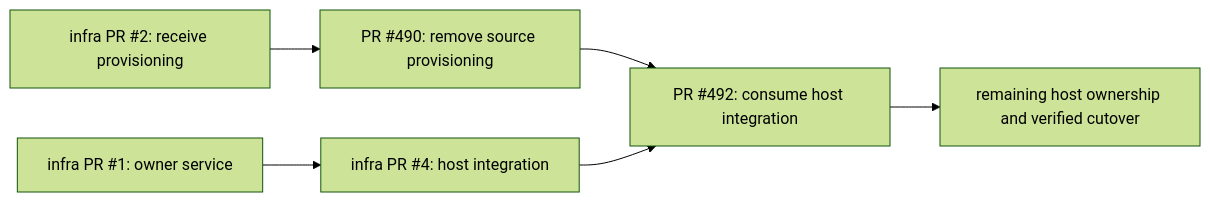
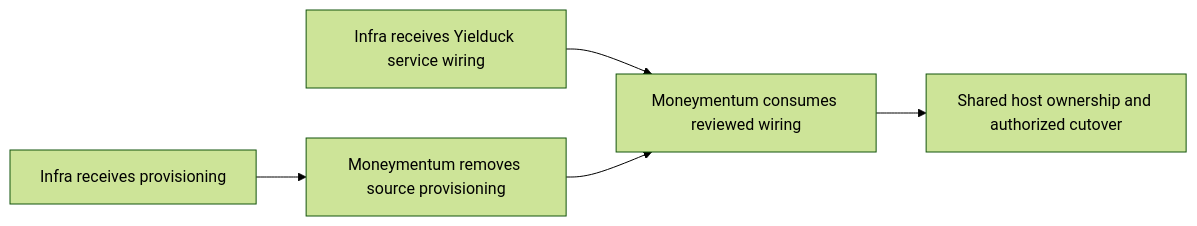
The diagram in ROADMAP.md (dataclique/moneymentum), drawn with Mermaid (forest theme) before and after one commit. The commit also changed other lines of this file and 1 other file, not shown here.

````diff
--- a/ROADMAP.md
+++ b/ROADMAP.md
@@ -64,8 +89,7 @@
 ```mermaid
 flowchart LR
-    receiving["infra PR #2: receive provisioning"] --> removal["PR #490: remove source provisioning"]
-    owner["infra PR #1: owner service"] --> wiring["infra PR #4: host integration"]
-    removal --> consumer["PR #492: consume host integration"]
-    wiring --> consumer
-    consumer --> cutover["remaining host ownership and verified cutover"]
+    receiving["Infra receives provisioning"] --> removal["Moneymentum removes source provisioning"]
+    service["Infra receives Yielduck service wiring"] --> consumer["Moneymentum consumes reviewed wiring"]
+    removal --> consumer
+    consumer --> cutover["Shared host ownership and authorized cutover"]
 ```
````
